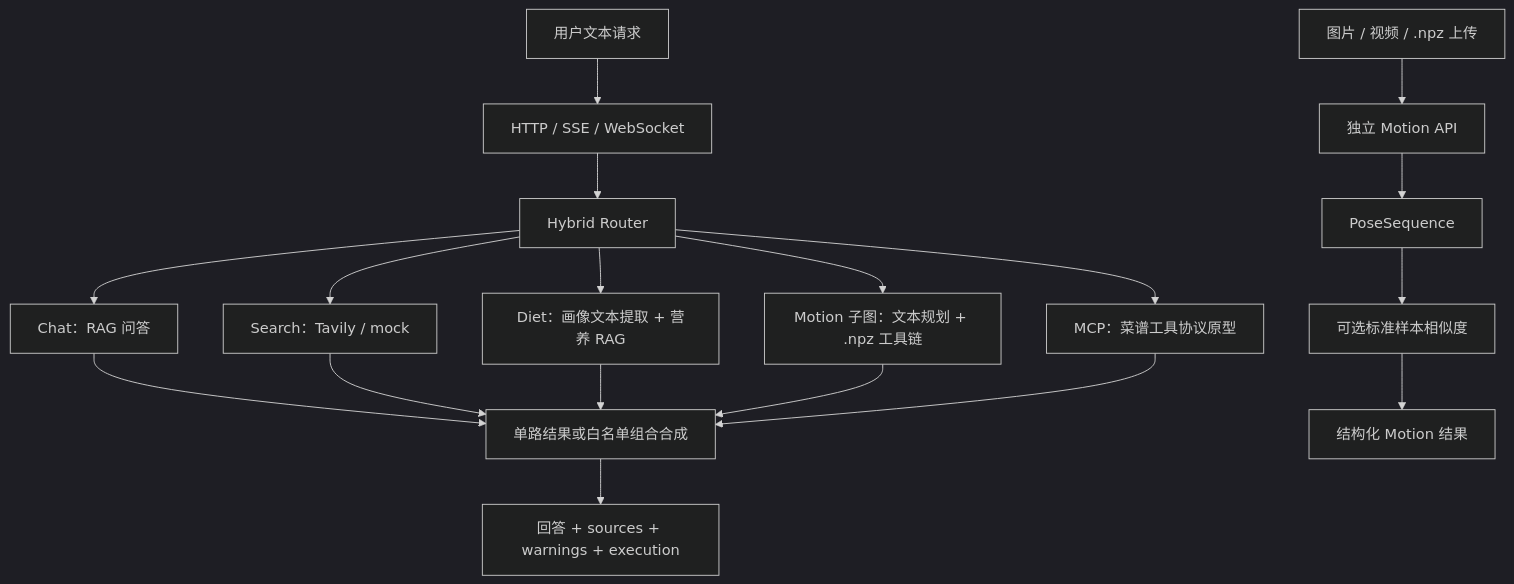
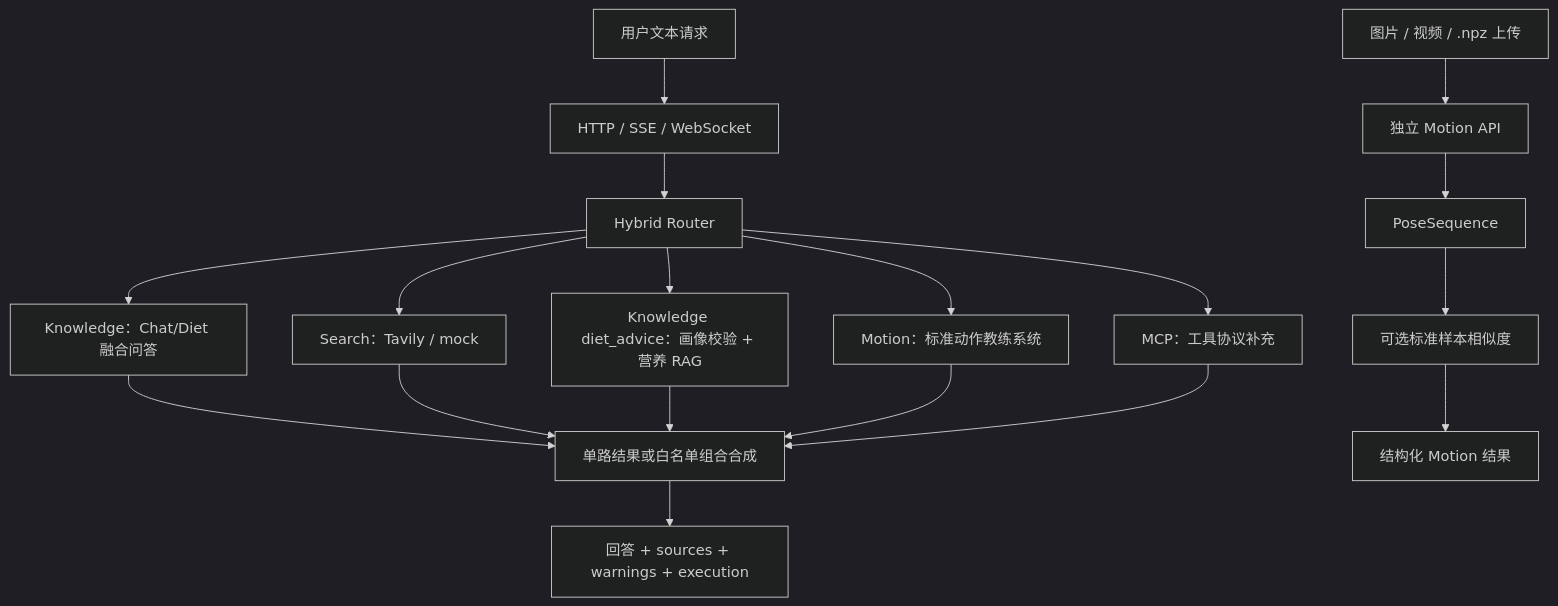
Before and after one commit to lxxxxx-oss/Personal_Fitness_Assistant_Agent: the diagram in README.md, drawn with Mermaid (dark theme). The commit also changed other lines of this file and 17 other files, not shown here.

````diff
--- a/README.md
+++ b/README.md
@@ -17,21 +18,21 @@
 ```mermaid
 flowchart TD
     U["用户文本请求"] --> API["HTTP / SSE / WebSocket"]
     API --> R["Hybrid Router"]
-    R --> C["Chat：RAG 问答"]
+    R --> C["Knowledge：Chat/Diet 融合问答"]
     R --> S["Search：Tavily / mock"]
-    R --> D["Diet：画像文本提取 + 营养 RAG"]
-    R --> M["Motion 子图：文本规划 + .npz 工具链"]
-    R --> P["MCP：菜谱工具协议原型"]
+    R --> D["Knowledge diet_advice：画像校验 + 营养 RAG"]
+    R --> M["Motion：标准动作教练系统"]
+    R --> P["MCP：工具协议补充"]
     C --> SYN["单路结果或白名单组合合成"]
     S --> SYN
     D --> SYN
     M --> SYN
     P --> SYN
     SYN --> OUT["回答 + sources + warnings + execution"]
 
     MEDIA["图片 / 视频 / .npz 上传"] --> MA["独立 Motion API"]
     MA --> PS["PoseSequence"]
     PS --> SIM["可选标准样本相似度"]
     SIM --> MO["结构化 Motion 结果"]
 ```
````
